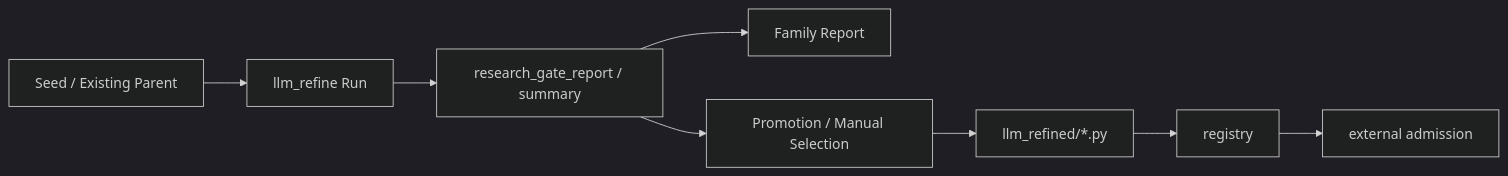
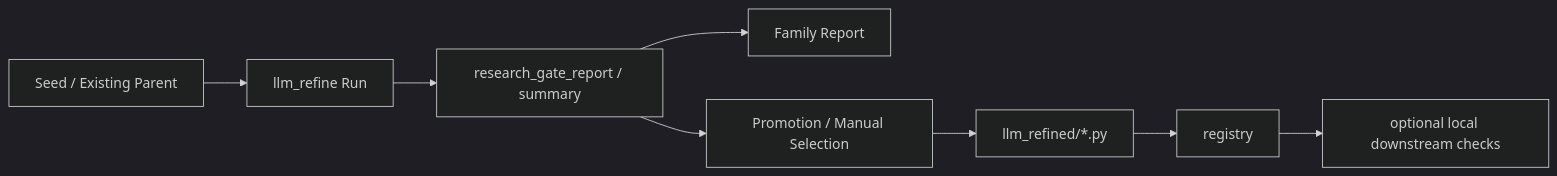
The third of 3 diagrams in README.md (zhangxinyue1017/AlphaRefinery), drawn with Mermaid (dark theme) before and after one commit. The commit also changed other lines of this file and 10 other files, not shown here.

````diff
--- a/README.md
+++ b/README.md
@@ -318,10 +309,10 @@
 ```mermaid
 graph LR
     A[Seed / Existing Parent] --> B[llm_refine Run]
     B --> C[research_gate_report / summary]
     C --> D[Family Report]
     C --> E[Promotion / Manual Selection]
     E --> F[llm_refined/*.py]
     F --> G[registry]
-    G --> H[external admission]
+    G --> H[optional local downstream checks]
 ```
````
